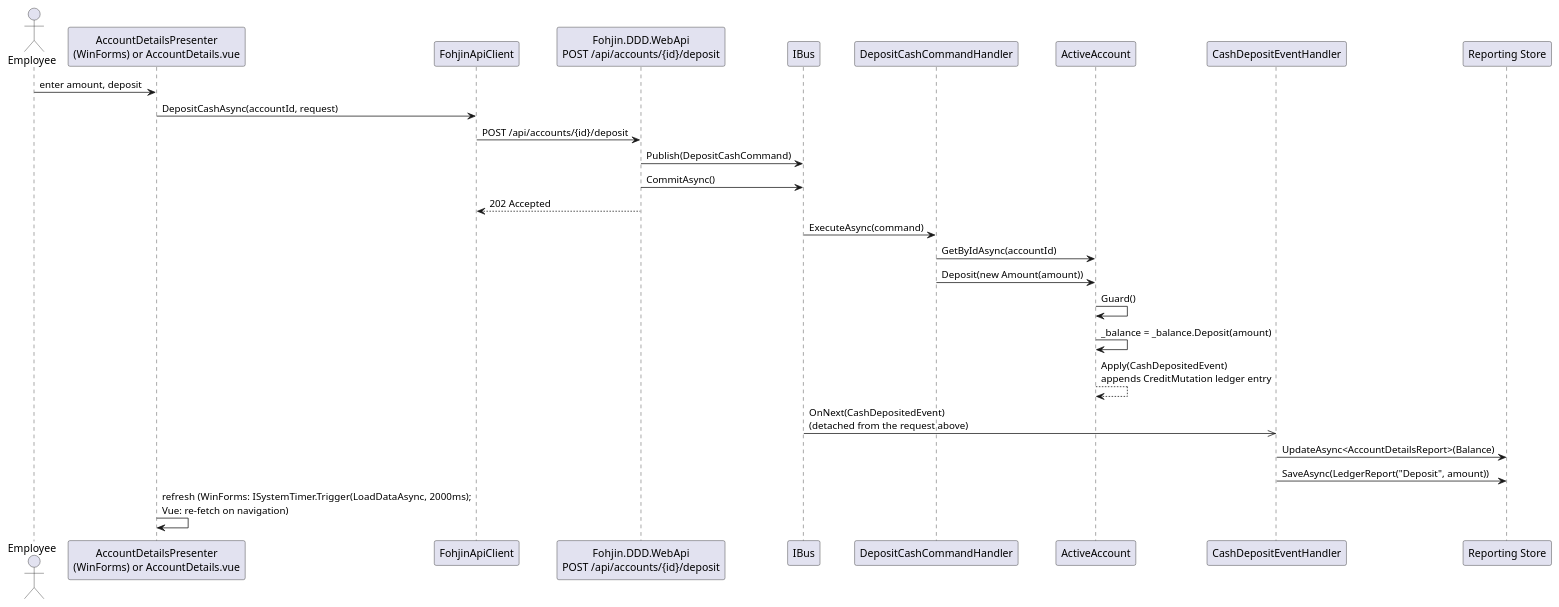
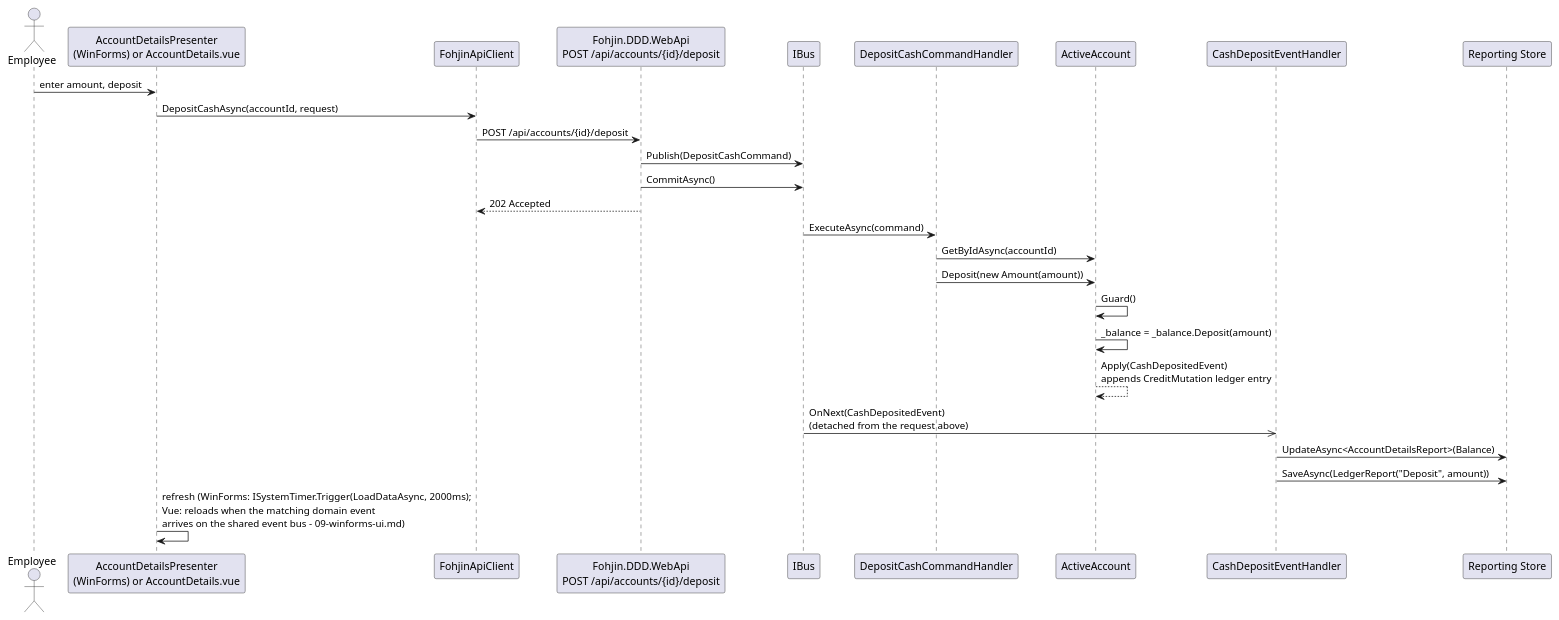
Before and after one commit to Mwwhited-BookLearning/fohjin-cqrs: the first of 2 diagrams in docs/04-cash-operations.md, drawn with PlantUML. The commit also changed 4 other files, not shown here.

First line of the commit message:
Update docs for the client-side event bus and AggregateId fix

````diff
--- a/docs/04-cash-operations.md
+++ b/docs/04-cash-operations.md
@@ -26,30 +26,30 @@
 ```plantuml
 @startuml
 actor Employee
 participant "AccountDetailsPresenter\n(WinForms) or AccountDetails.vue" as Client
 participant "FohjinApiClient" as ApiClient
 participant "Fohjin.DDD.WebApi\nPOST /api/accounts/{id}/deposit" as Endpoint
 participant "IBus" as Bus
 participant "DepositCashCommandHandler" as Handler
 participant "ActiveAccount" as Account
 participant "CashDepositEventHandler" as EvtHandler
 participant "Reporting Store" as Reporting
 
 Employee -> Client : enter amount, deposit
 Client -> ApiClient : DepositCashAsync(accountId, request)
 ApiClient -> Endpoint : POST /api/accounts/{id}/deposit
 Endpoint -> Bus : Publish(DepositCashCommand)
 Endpoint -> Bus : CommitAsync()
 Endpoint --> ApiClient : 202 Accepted
 Bus -> Handler : ExecuteAsync(command)
 Handler -> Account : GetByIdAsync(accountId)
 Handler -> Account : Deposit(new Amount(amount))
 Account -> Account : Guard()
 Account -> Account : _balance = _balance.Deposit(amount)
 Account --> Account : Apply(CashDepositedEvent)\nappends CreditMutation ledger entry
 Bus ->> EvtHandler : OnNext(CashDepositedEvent)\n(detached from the request above)
 EvtHandler -> Reporting : UpdateAsync<AccountDetailsReport>(Balance)
 EvtHandler -> Reporting : SaveAsync(LedgerReport("Deposit", amount))
-Client -> Client : refresh (WinForms: ISystemTimer.Trigger(LoadDataAsync, 2000ms);\nVue: re-fetch on navigation)
+Client -> Client : refresh (WinForms: ISystemTimer.Trigger(LoadDataAsync, 2000ms);\nVue: reloads when the matching domain event\narrives on the shared event bus - 09-winforms-ui.md)
 @enduml
 ```
````
